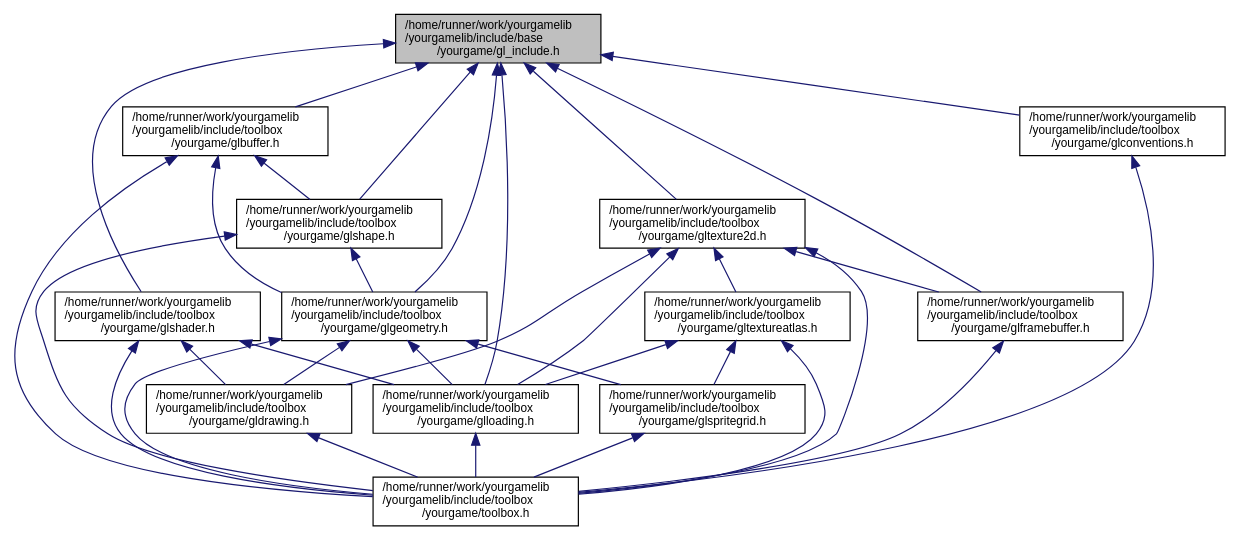
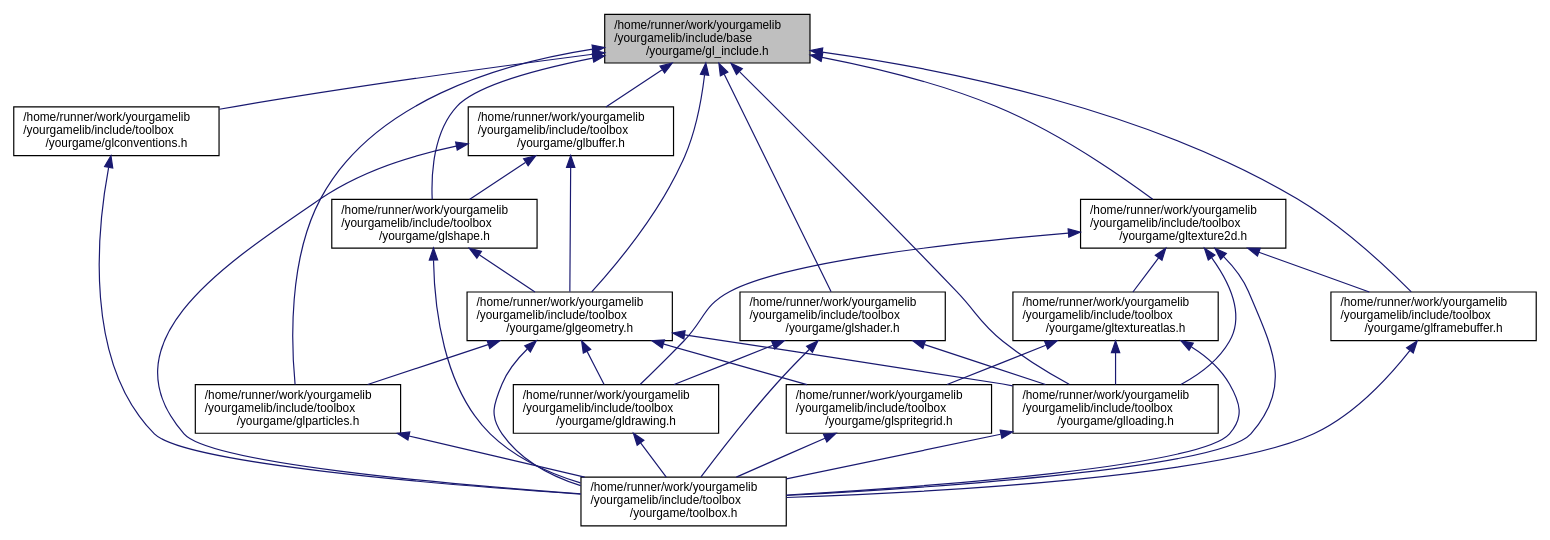
Before and after one commit to duddel/yourgamelib: the diagram in gl__include_8h__dep__incl.dot, drawn with Graphviz. The commit also changed 121 other files, not shown here.

```diff
--- a/gl__include_8h__dep__incl.dot
+++ b/gl__include_8h__dep__incl.dot
@@ -1,51 +1,55 @@
 digraph "/home/runner/work/yourgamelib/yourgamelib/include/base/yourgame/gl_include.h"
 {
   edge [fontname="Helvetica",fontsize="10",labelfontname="Helvetica",labelfontsize="10"];
   node [fontname="Helvetica",fontsize="10",shape=record];
   Node1 [label="/home/runner/work/yourgamelib\l/yourgamelib/include/base\l/yourgame/gl_include.h",height=0.2,width=0.4,color="black", fillcolor="grey75", style="filled", fontcolor="black"];
   Node1 -> Node2 [dir="back",color="midnightblue",fontsize="10",style="solid",fontname="Helvetica"];
   Node2 [label="/home/runner/work/yourgamelib\l/yourgamelib/include/toolbox\l/yourgame/glbuffer.h",height=0.2,width=0.4,color="black", fillcolor="white", style="filled",URL="$glbuffer_8h.html"];
   Node2 -> Node3 [dir="back",color="midnightblue",fontsize="10",style="solid",fontname="Helvetica"];
   Node3 [label="/home/runner/work/yourgamelib\l/yourgamelib/include/toolbox\l/yourgame/glgeometry.h",height=0.2,width=0.4,color="black", fillcolor="white", style="filled",URL="$glgeometry_8h.html"];
   Node3 -> Node4 [dir="back",color="midnightblue",fontsize="10",style="solid",fontname="Helvetica"];
   Node4 [label="/home/runner/work/yourgamelib\l/yourgamelib/include/toolbox\l/yourgame/gldrawing.h",height=0.2,width=0.4,color="black", fillcolor="white", style="filled",URL="$gldrawing_8h.html"];
   Node4 -> Node5 [dir="back",color="midnightblue",fontsize="10",style="solid",fontname="Helvetica"];
   Node5 [label="/home/runner/work/yourgamelib\l/yourgamelib/include/toolbox\l/yourgame/toolbox.h",height=0.2,width=0.4,color="black", fillcolor="white", style="filled",URL="$toolbox_8h.html"];
   Node3 -> Node6 [dir="back",color="midnightblue",fontsize="10",style="solid",fontname="Helvetica"];
   Node6 [label="/home/runner/work/yourgamelib\l/yourgamelib/include/toolbox\l/yourgame/glloading.h",height=0.2,width=0.4,color="black", fillcolor="white", style="filled",URL="$glloading_8h.html"];
   Node6 -> Node5 [dir="back",color="midnightblue",fontsize="10",style="solid",fontname="Helvetica"];
   Node3 -> Node7 [dir="back",color="midnightblue",fontsize="10",style="solid",fontname="Helvetica"];
-  Node7 [label="/home/runner/work/yourgamelib\l/yourgamelib/include/toolbox\l/yourgame/glspritegrid.h",height=0.2,width=0.4,color="black", fillcolor="white", style="filled",URL="$glspritegrid_8h.html"];
+  Node7 [label="/home/runner/work/yourgamelib\l/yourgamelib/include/toolbox\l/yourgame/glparticles.h",height=0.2,width=0.4,color="black", fillcolor="white", style="filled",URL="$glparticles_8h.html"];
   Node7 -> Node5 [dir="back",color="midnightblue",fontsize="10",style="solid",fontname="Helvetica"];
+  Node3 -> Node8 [dir="back",color="midnightblue",fontsize="10",style="solid",fontname="Helvetica"];
+  Node8 [label="/home/runner/work/yourgamelib\l/yourgamelib/include/toolbox\l/yourgame/glspritegrid.h",height=0.2,width=0.4,color="black", fillcolor="white", style="filled",URL="$glspritegrid_8h.html"];
+  Node8 -> Node5 [dir="back",color="midnightblue",fontsize="10",style="solid",fontname="Helvetica"];
   Node3 -> Node5 [dir="back",color="midnightblue",fontsize="10",style="solid",fontname="Helvetica"];
-  Node2 -> Node8 [dir="back",color="midnightblue",fontsize="10",style="solid",fontname="Helvetica"];
-  Node8 [label="/home/runner/work/yourgamelib\l/yourgamelib/include/toolbox\l/yourgame/glshape.h",height=0.2,width=0.4,color="black", fillcolor="white", style="filled",URL="$glshape_8h.html"];
-  Node8 -> Node3 [dir="back",color="midnightblue",fontsize="10",style="solid",fontname="Helvetica"];
-  Node8 -> Node5 [dir="back",color="midnightblue",fontsize="10",style="solid",fontname="Helvetica"];
+  Node2 -> Node9 [dir="back",color="midnightblue",fontsize="10",style="solid",fontname="Helvetica"];
+  Node9 [label="/home/runner/work/yourgamelib\l/yourgamelib/include/toolbox\l/yourgame/glshape.h",height=0.2,width=0.4,color="black", fillcolor="white", style="filled",URL="$glshape_8h.html"];
+  Node9 -> Node3 [dir="back",color="midnightblue",fontsize="10",style="solid",fontname="Helvetica"];
+  Node9 -> Node5 [dir="back",color="midnightblue",fontsize="10",style="solid",fontname="Helvetica"];
   Node2 -> Node5 [dir="back",color="midnightblue",fontsize="10",style="solid",fontname="Helvetica"];
+  Node1 -> Node10 [dir="back",color="midnightblue",fontsize="10",style="solid",fontname="Helvetica"];
+  Node10 [label="/home/runner/work/yourgamelib\l/yourgamelib/include/toolbox\l/yourgame/glconventions.h",height=0.2,width=0.4,color="black", fillcolor="white", style="filled",URL="$glconventions_8h.html"];
+  Node10 -> Node5 [dir="back",color="midnightblue",fontsize="10",style="solid",fontname="Helvetica"];
+  Node1 -> Node11 [dir="back",color="midnightblue",fontsize="10",style="solid",fontname="Helvetica"];
+  Node11 [label="/home/runner/work/yourgamelib\l/yourgamelib/include/toolbox\l/yourgame/glframebuffer.h",height=0.2,width=0.4,color="black", fillcolor="white", style="filled",URL="$glframebuffer_8h.html"];
+  Node11 -> Node5 [dir="back",color="midnightblue",fontsize="10",style="solid",fontname="Helvetica"];
+  Node1 -> Node3 [dir="back",color="midnightblue",fontsize="10",style="solid",fontname="Helvetica"];
   Node1 -> Node9 [dir="back",color="midnightblue",fontsize="10",style="solid",fontname="Helvetica"];
-  Node9 [label="/home/runner/work/yourgamelib\l/yourgamelib/include/toolbox\l/yourgame/glconventions.h",height=0.2,width=0.4,color="black", fillcolor="white", style="filled",URL="$glconventions_8h.html"];
-  Node9 -> Node5 [dir="back",color="midnightblue",fontsize="10",style="solid",fontname="Helvetica"];
-  Node1 -> Node10 [dir="back",color="midnightblue",fontsize="10",style="solid",fontname="Helvetica"];
-  Node10 [label="/home/runner/work/yourgamelib\l/yourgamelib/include/toolbox\l/yourgame/glframebuffer.h",height=0.2,width=0.4,color="black", fillcolor="white", style="filled",URL="$glframebuffer_8h.html"];
-  Node10 -> Node5 [dir="back",color="midnightblue",fontsize="10",style="solid",fontname="Helvetica"];
-  Node1 -> Node3 [dir="back",color="midnightblue",fontsize="10",style="solid",fontname="Helvetica"];
-  Node1 -> Node8 [dir="back",color="midnightblue",fontsize="10",style="solid",fontname="Helvetica"];
   Node1 -> Node6 [dir="back",color="midnightblue",fontsize="10",style="solid",fontname="Helvetica"];
-  Node1 -> Node11 [dir="back",color="midnightblue",fontsize="10",style="solid",fontname="Helvetica"];
-  Node11 [label="/home/runner/work/yourgamelib\l/yourgamelib/include/toolbox\l/yourgame/glshader.h",height=0.2,width=0.4,color="black", fillcolor="white", style="filled",URL="$glshader_8h.html"];
-  Node11 -> Node4 [dir="back",color="midnightblue",fontsize="10",style="solid",fontname="Helvetica"];
-  Node11 -> Node6 [dir="back",color="midnightblue",fontsize="10",style="solid",fontname="Helvetica"];
-  Node11 -> Node5 [dir="back",color="midnightblue",fontsize="10",style="solid",fontname="Helvetica"];
+  Node1 -> Node7 [dir="back",color="midnightblue",fontsize="10",style="solid",fontname="Helvetica"];
   Node1 -> Node12 [dir="back",color="midnightblue",fontsize="10",style="solid",fontname="Helvetica"];
-  Node12 [label="/home/runner/work/yourgamelib\l/yourgamelib/include/toolbox\l/yourgame/gltexture2d.h",height=0.2,width=0.4,color="black", fillcolor="white", style="filled",URL="$gltexture2d_8h.html"];
+  Node12 [label="/home/runner/work/yourgamelib\l/yourgamelib/include/toolbox\l/yourgame/glshader.h",height=0.2,width=0.4,color="black", fillcolor="white", style="filled",URL="$glshader_8h.html"];
   Node12 -> Node4 [dir="back",color="midnightblue",fontsize="10",style="solid",fontname="Helvetica"];
-  Node12 -> Node10 [dir="back",color="midnightblue",fontsize="10",style="solid",fontname="Helvetica"];
   Node12 -> Node6 [dir="back",color="midnightblue",fontsize="10",style="solid",fontname="Helvetica"];
-  Node12 -> Node13 [dir="back",color="midnightblue",fontsize="10",style="solid",fontname="Helvetica"];
-  Node13 [label="/home/runner/work/yourgamelib\l/yourgamelib/include/toolbox\l/yourgame/gltextureatlas.h",height=0.2,width=0.4,color="black", fillcolor="white", style="filled",URL="$gltextureatlas_8h.html"];
+  Node12 -> Node5 [dir="back",color="midnightblue",fontsize="10",style="solid",fontname="Helvetica"];
+  Node1 -> Node13 [dir="back",color="midnightblue",fontsize="10",style="solid",fontname="Helvetica"];
+  Node13 [label="/home/runner/work/yourgamelib\l/yourgamelib/include/toolbox\l/yourgame/gltexture2d.h",height=0.2,width=0.4,color="black", fillcolor="white", style="filled",URL="$gltexture2d_8h.html"];
+  Node13 -> Node4 [dir="back",color="midnightblue",fontsize="10",style="solid",fontname="Helvetica"];
+  Node13 -> Node11 [dir="back",color="midnightblue",fontsize="10",style="solid",fontname="Helvetica"];
   Node13 -> Node6 [dir="back",color="midnightblue",fontsize="10",style="solid",fontname="Helvetica"];
-  Node13 -> Node7 [dir="back",color="midnightblue",fontsize="10",style="solid",fontname="Helvetica"];
+  Node13 -> Node14 [dir="back",color="midnightblue",fontsize="10",style="solid",fontname="Helvetica"];
+  Node14 [label="/home/runner/work/yourgamelib\l/yourgamelib/include/toolbox\l/yourgame/gltextureatlas.h",height=0.2,width=0.4,color="black", fillcolor="white", style="filled",URL="$gltextureatlas_8h.html"];
+  Node14 -> Node6 [dir="back",color="midnightblue",fontsize="10",style="solid",fontname="Helvetica"];
+  Node14 -> Node8 [dir="back",color="midnightblue",fontsize="10",style="solid",fontname="Helvetica"];
+  Node14 -> Node5 [dir="back",color="midnightblue",fontsize="10",style="solid",fontname="Helvetica"];
   Node13 -> Node5 [dir="back",color="midnightblue",fontsize="10",style="solid",fontname="Helvetica"];
-  Node12 -> Node5 [dir="back",color="midnightblue",fontsize="10",style="solid",fontname="Helvetica"];
 }
```
